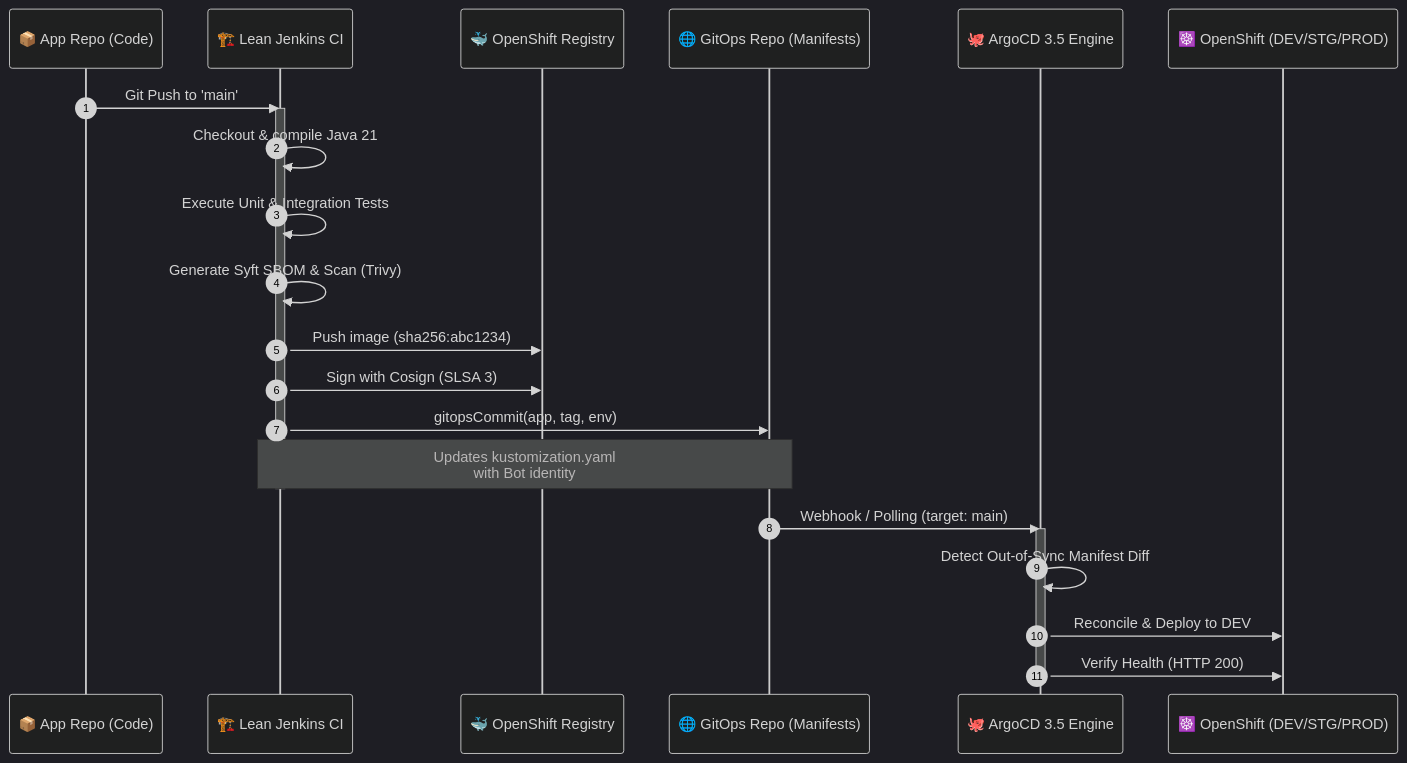
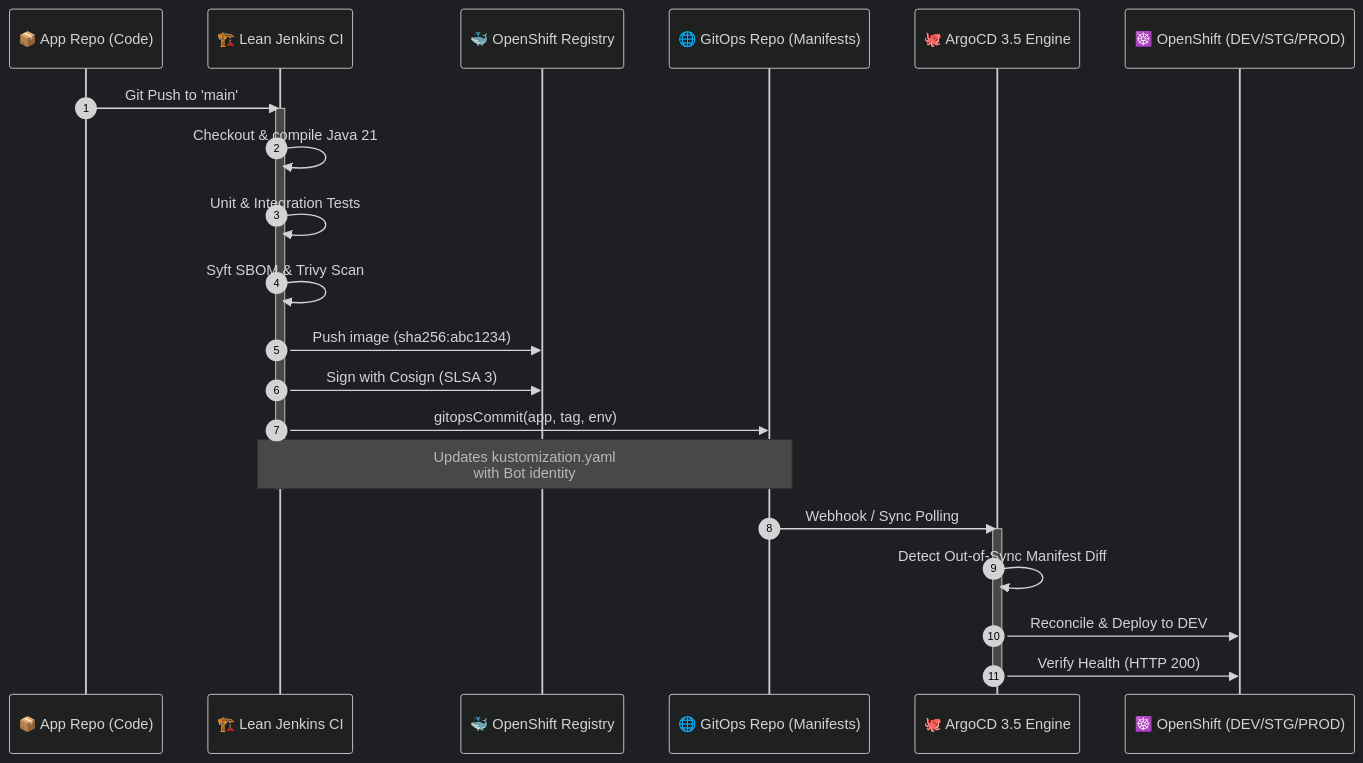
Before and after one commit to nubenetes/jenkins-without-git-parameter: the tenth of 14 diagrams in README.md, drawn with Mermaid (dark theme). The commit also changed other lines of this file, not shown here.

Commit message:
fix(mermaid): enforce hard 20-char line limit on all diagram nodes to permanently prevent text clipping on GitHub

````diff
--- a/README.md
+++ b/README.md
@@ -689,29 +688,29 @@
 ```mermaid
 sequenceDiagram
     autonumber
     participant GitApp as 📦 App Repo (Code)
     participant Jenkins as 🏗️ Lean Jenkins CI
     participant Registry as 🐳 OpenShift Registry
     participant GitOps as 🌐 GitOps Repo (Manifests)
     participant ArgoCD as 🐙 ArgoCD 3.5 Engine
     participant OCP as ☸️ OpenShift (DEV/STG/PROD)
 
     GitApp->>Jenkins: Git Push to 'main'
     activate Jenkins
     Jenkins->>Jenkins: Checkout & compile Java 21
-    Jenkins->>Jenkins: Execute Unit & Integration Tests
-    Jenkins->>Jenkins: Generate Syft SBOM & Scan (Trivy)
+    Jenkins->>Jenkins: Unit & Integration Tests
+    Jenkins->>Jenkins: Syft SBOM & Trivy Scan
     Jenkins->>Registry: Push image (sha256:abc1234)
     Jenkins->>Registry: Sign with Cosign (SLSA 3)
     
     Jenkins->>GitOps: gitopsCommit(app, tag, env)
     Note over Jenkins,GitOps: Updates kustomization.yaml<br/>with Bot identity
     deactivate Jenkins
 
-    GitOps->>ArgoCD: Webhook / Polling (target: main)
+    GitOps->>ArgoCD: Webhook / Sync Polling
     activate ArgoCD
     ArgoCD->>ArgoCD: Detect Out-of-Sync Manifest Diff
     ArgoCD->>OCP: Reconcile & Deploy to DEV
     ArgoCD->>OCP: Verify Health (HTTP 200)
     deactivate ArgoCD
 ```
````
